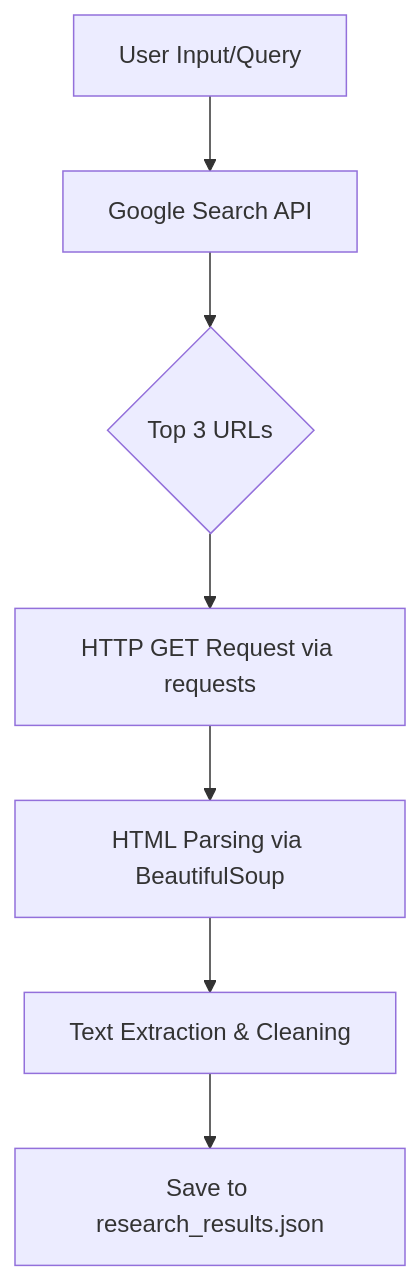
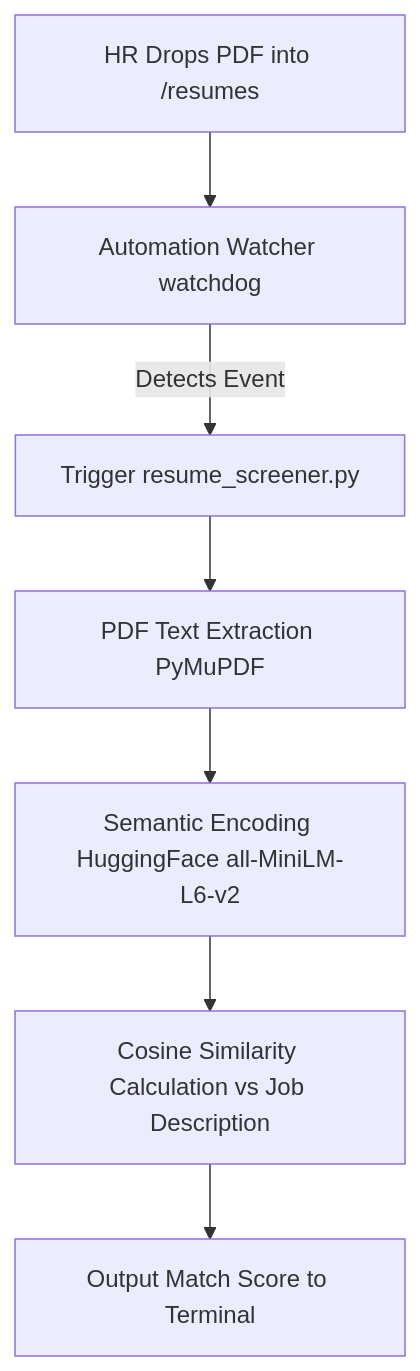
Before and after one commit to nnichaelangello/FlyRank.AI: the diagram in FL-09 Documentation and Demo Video/README.md, drawn with Mermaid. The commit also changed other lines of this file, not shown here.

Commit message:
Correct FL-09 README to match AI Resume Screener project

````diff
--- a/FL-09 Documentation and Demo Video/README.md
+++ b/FL-09 Documentation and Demo Video/README.md
@@ -26,9 +30,9 @@
 ```mermaid
 graph TD
-    A[User Input/Query] --> B[Google Search API]
-    B --> C{Top 3 URLs}
-    C --> D[HTTP GET Request via requests]
-    D --> E[HTML Parsing via BeautifulSoup]
-    E --> F[Text Extraction & Cleaning]
-    F --> G[Save to research_results.json]
+    A[HR Drops PDF into /resumes] --> B[Automation Watcher watchdog]
+    B -->|Detects Event| C[Trigger resume_screener.py]
+    C --> D[PDF Text Extraction PyMuPDF]
+    D --> E[Semantic Encoding HuggingFace all-MiniLM-L6-v2]
+    E --> F[Cosine Similarity Calculation vs Job Description]
+    F --> G[Output Match Score to Terminal]
 ```
````
